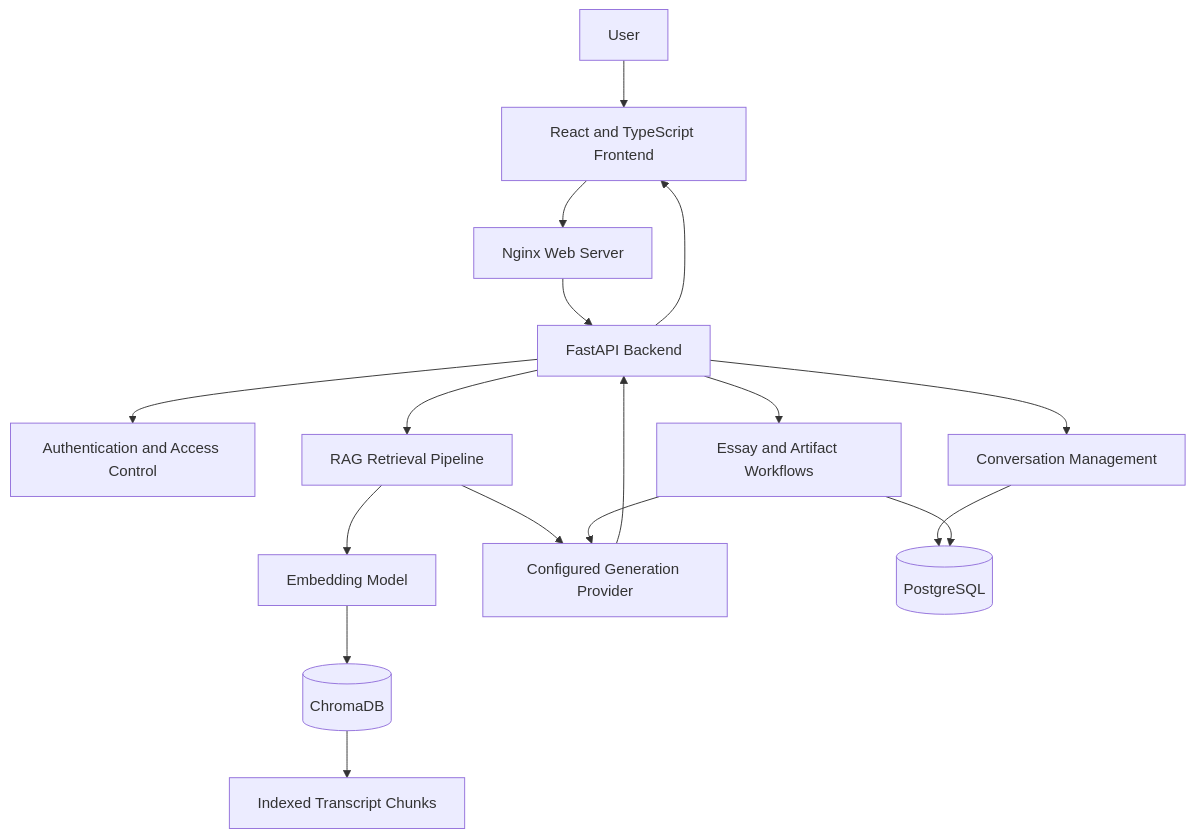
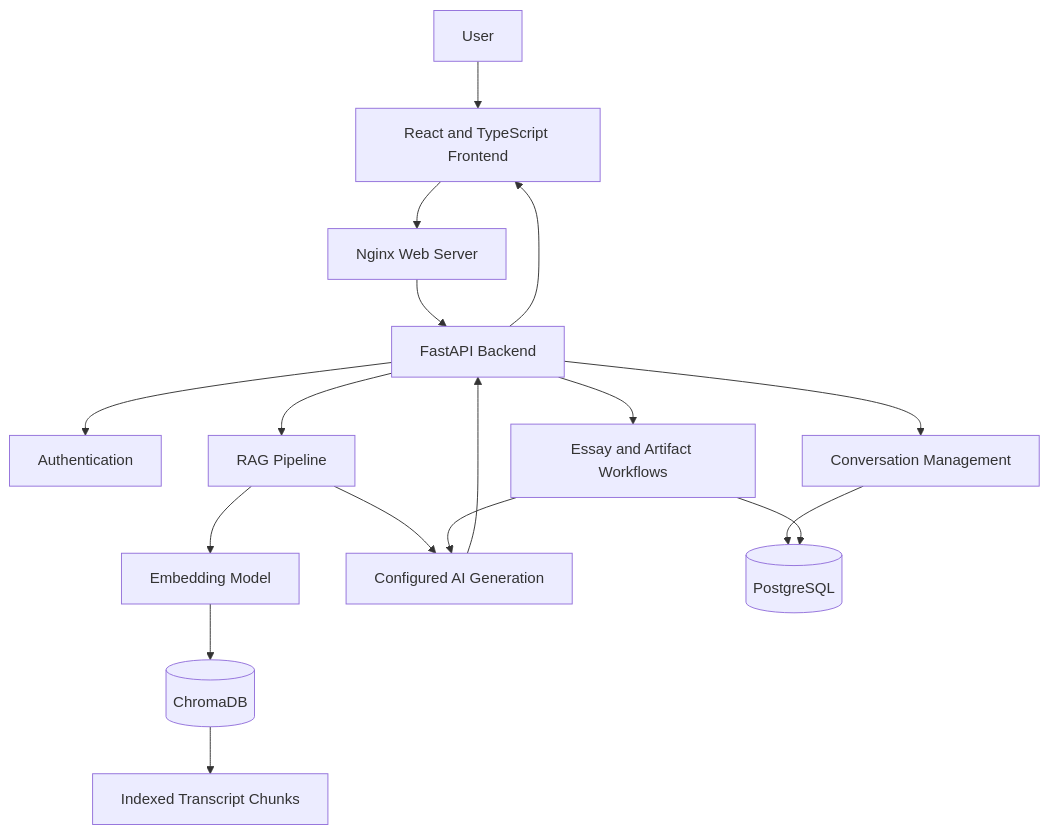
One commit to Harini-sri-r/The-Lenny-Growth-Assistant changed the diagram in README.md. Above: the diagram before and after it, drawn with Mermaid. The commit also changed other lines of this file, not shown here.

````diff
--- a/README.md
+++ b/README.md
@@ -149,23 +129,23 @@
 ```mermaid
 flowchart TD
     U[User] --> FE[React and TypeScript Frontend]
-    FE --> WEB[Nginx Web Server]
-    WEB --> API[FastAPI Backend]
+    FE --> NGINX[Nginx Web Server]
+    NGINX --> API[FastAPI Backend]
 
-    API --> AUTH[Authentication and Access Control]
+    API --> AUTH[Authentication]
     API --> CHAT[Conversation Management]
-    API --> RAG[RAG Retrieval Pipeline]
-    API --> WRITE[Essay and Artifact Workflows]
+    API --> RAG[RAG Pipeline]
+    API --> GEN[Essay and Artifact Workflows]
 
     RAG --> EMB[Embedding Model]
-    EMB --> VDB[(ChromaDB)]
-    VDB --> DOC[Indexed Transcript Chunks]
+    EMB --> CHROMA[(ChromaDB)]
+    CHROMA --> DOCS[Indexed Transcript Chunks]
 
-    RAG --> LLM[Configured Generation Provider]
-    WRITE --> LLM
+    RAG --> LLM[Configured AI Generation]
+    GEN --> LLM
 
+    CHAT --> PG[(PostgreSQL)]
+    GEN --> PG
     LLM --> API
-    CHAT --> PG[(PostgreSQL)]
-    WRITE --> PG
     API --> FE
 ```
````
